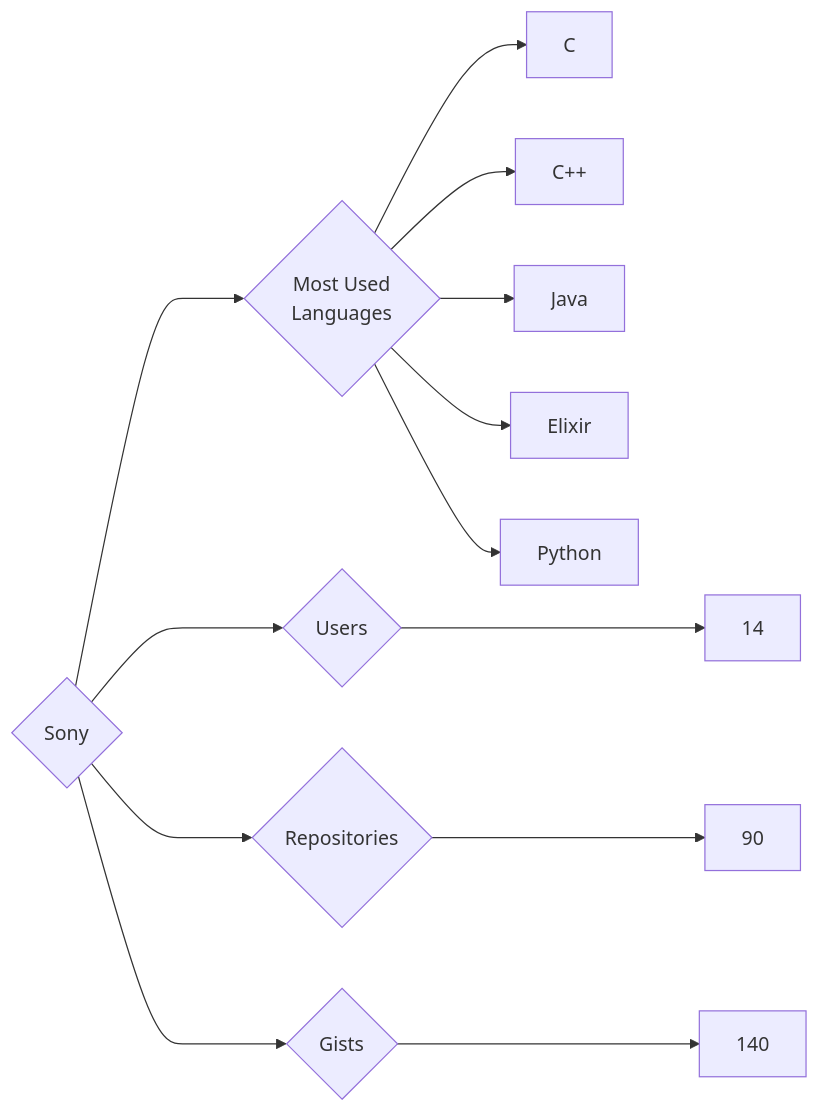
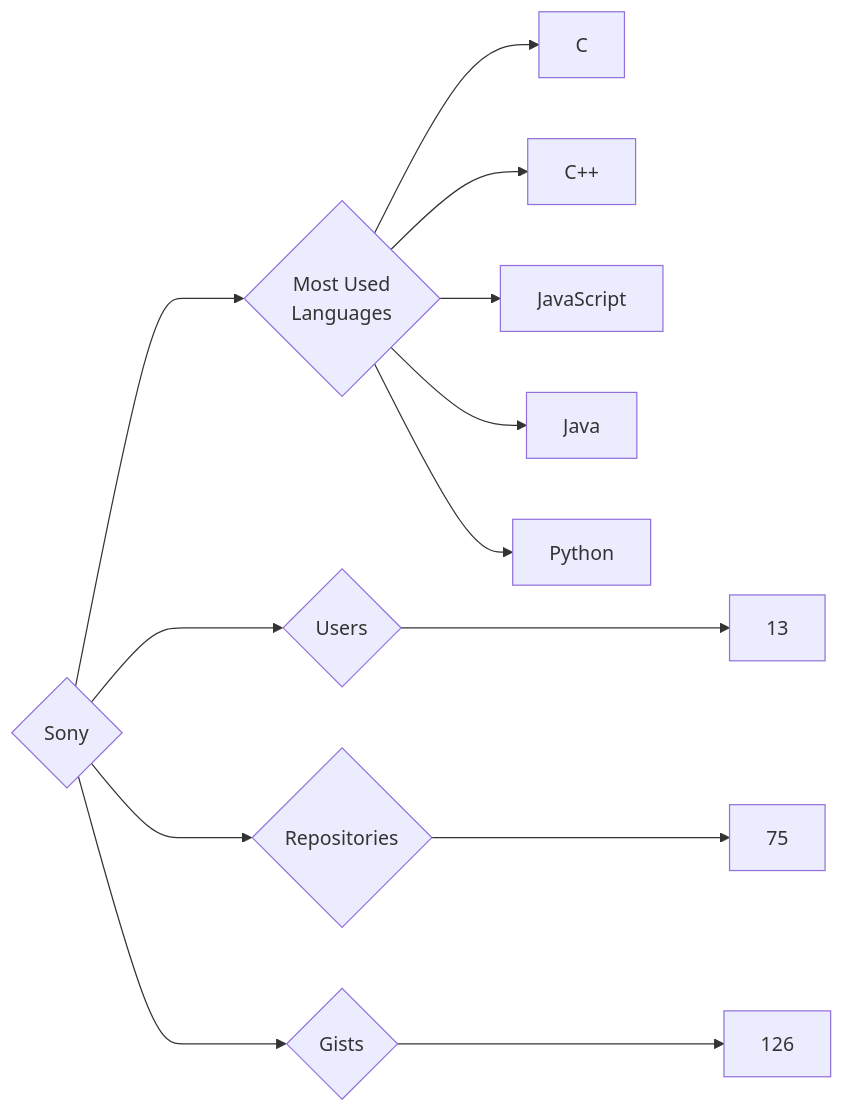
One commit to trickest/insiders changed the diagram in targets/Sony/README.md. Above: the diagram before and after it, drawn with Mermaid. The commit also changed 1479 other files, not shown here.

````diff
--- a/targets/Sony/README.md
+++ b/targets/Sony/README.md
@@ -3,13 +3,13 @@
 ```mermaid
 graph LR
 COMPANY_NAME{Sony}
-COMPANY_NAME ---> U{Users} ---> UN[14]
-COMPANY_NAME ---> R{Repositories} ---> RN[90]
-COMPANY_NAME ---> G{Gists} ---> GN[140]
+COMPANY_NAME ---> U{Users} ---> UN[13]
+COMPANY_NAME ---> R{Repositories} ---> RN[75]
+COMPANY_NAME ---> G{Gists} ---> GN[126]
 COMPANY_NAME ---> ML{Most Used<br>Languages}
 ML --> C[C]
 ML --> C++[C++]
+ML --> JavaScript[JavaScript]
 ML --> Java[Java]
-ML --> Elixir[Elixir]
 ML --> Python[Python]
 ```
````
